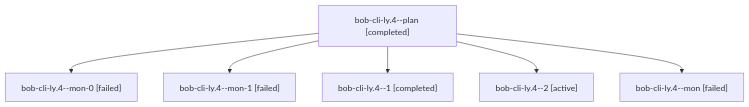
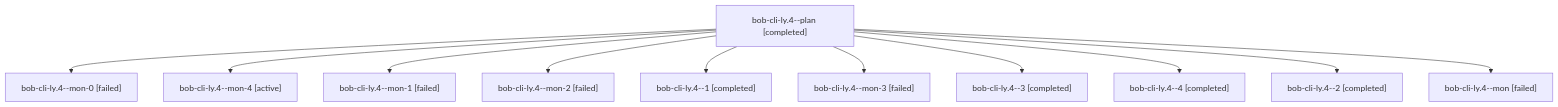
Before and after one commit to bobs-org/bob-cli--agents: the diagram in sessions/bbugyi200.athena.bob-cli-ly.4.md, drawn with Mermaid. The commit also changed other lines of this file and 59 other files, not shown here.

````diff
--- a/sessions/bbugyi200.athena.bob-cli-ly.4.md
+++ b/sessions/bbugyi200.athena.bob-cli-ly.4.md
@@ -9,14 +9,24 @@
 ```mermaid
 flowchart TD
   n0["bob-cli-ly.4--plan [completed]"]
   n1["bob-cli-ly.4--mon-0 [failed]"]
   n0 --> n1
-  n2["bob-cli-ly.4--mon-1 [failed]"]
+  n2["bob-cli-ly.4--mon-4 [active]"]
   n0 --> n2
-  n3["bob-cli-ly.4--1 [completed]"]
+  n3["bob-cli-ly.4--mon-1 [failed]"]
   n0 --> n3
-  n4["bob-cli-ly.4--2 [active]"]
+  n4["bob-cli-ly.4--mon-2 [failed]"]
   n0 --> n4
-  n5["bob-cli-ly.4--mon [failed]"]
+  n5["bob-cli-ly.4--1 [completed]"]
   n0 --> n5
+  n6["bob-cli-ly.4--mon-3 [failed]"]
+  n0 --> n6
+  n7["bob-cli-ly.4--3 [completed]"]
+  n0 --> n7
+  n8["bob-cli-ly.4--4 [completed]"]
+  n0 --> n8
+  n9["bob-cli-ly.4--2 [completed]"]
+  n0 --> n9
+  n10["bob-cli-ly.4--mon [failed]"]
+  n0 --> n10
 ```
````
